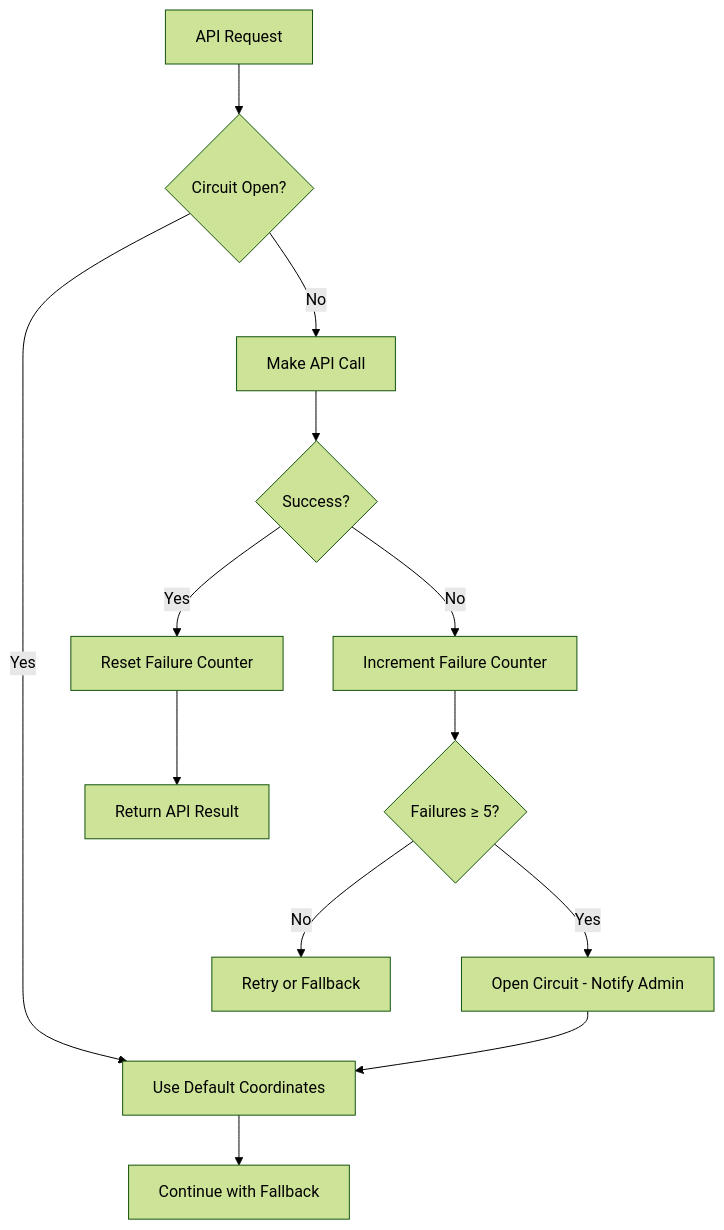
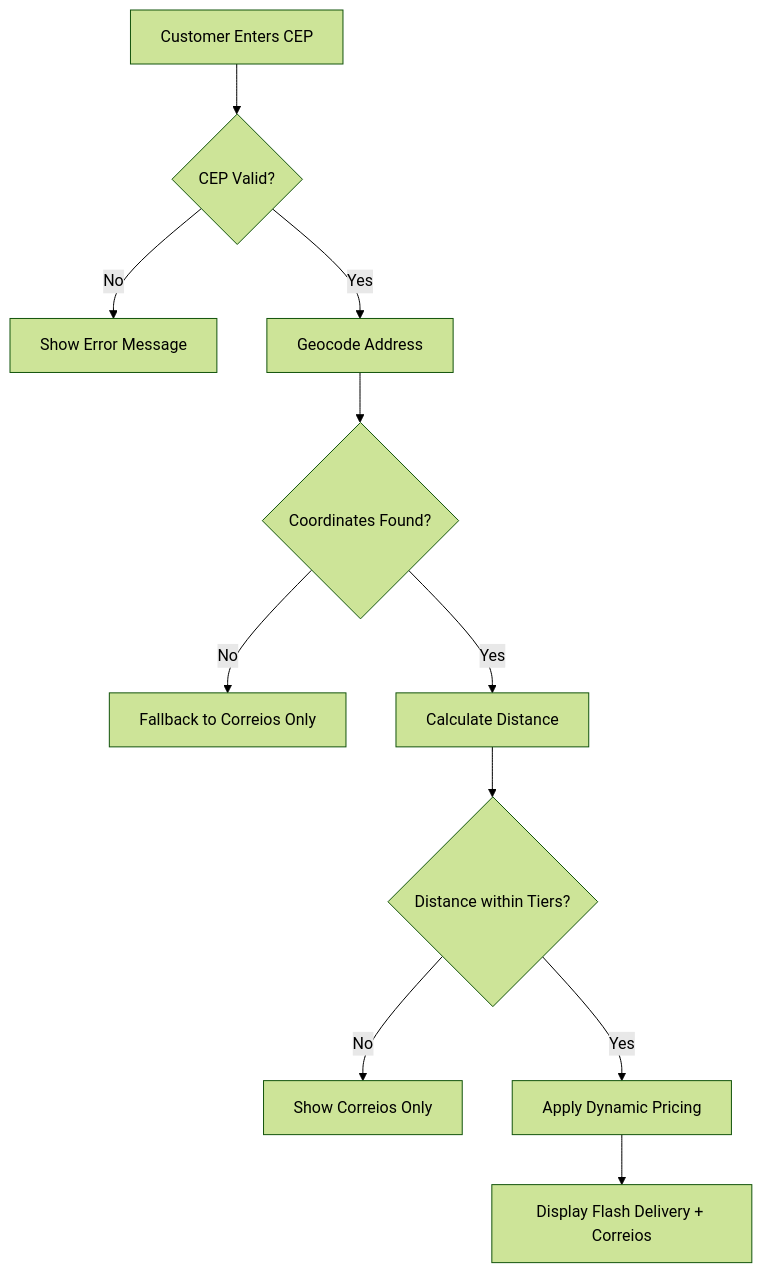
The diagram in docs/USER_GUIDE.md (gustavofullstack/Woo_envios), drawn with Mermaid (forest theme) before and after one commit. The commit also changed other lines of this file and 5 other files, not shown here.

````diff
--- a/docs/USER_GUIDE.md
+++ b/docs/USER_GUIDE.md
@@ -261,15 +238,13 @@
 ```mermaid
-graph TD
-    A[API Request] --> B{Circuit Open?}
-    B -->|Yes| C[Use Default Coordinates]
-    B -->|No| D[Make API Call]
-    D --> E{Success?}
-    E -->|Yes| F[Reset Failure Counter]
-    E -->|No| G[Increment Failure Counter]
-    G --> H{Failures ≥ 5?}
-    H -->|Yes| I[Open Circuit - Notify Admin]
-    H -->|No| J[Retry or Fallback]
-    I --> C
-    F --> K[Return API Result]
-    C --> L[Continue with Fallback]
+flowchart TD
+    A[Customer Enters CEP] --> B{CEP Valid?}
+    B -->|No| C[Show Error Message]
+    B -->|Yes| D[Geocode Address]
+    D --> E{Coordinates Found?}
+    E -->|No| F[Fallback to Correios Only]
+    E -->|Yes| G[Calculate Distance]
+    G --> H{Distance within Tiers?}
+    H -->|No| I[Show Correios Only]
+    H -->|Yes| J[Apply Dynamic Pricing]
+    J --> K[Display Flash Delivery + Correios]
 ```
````
